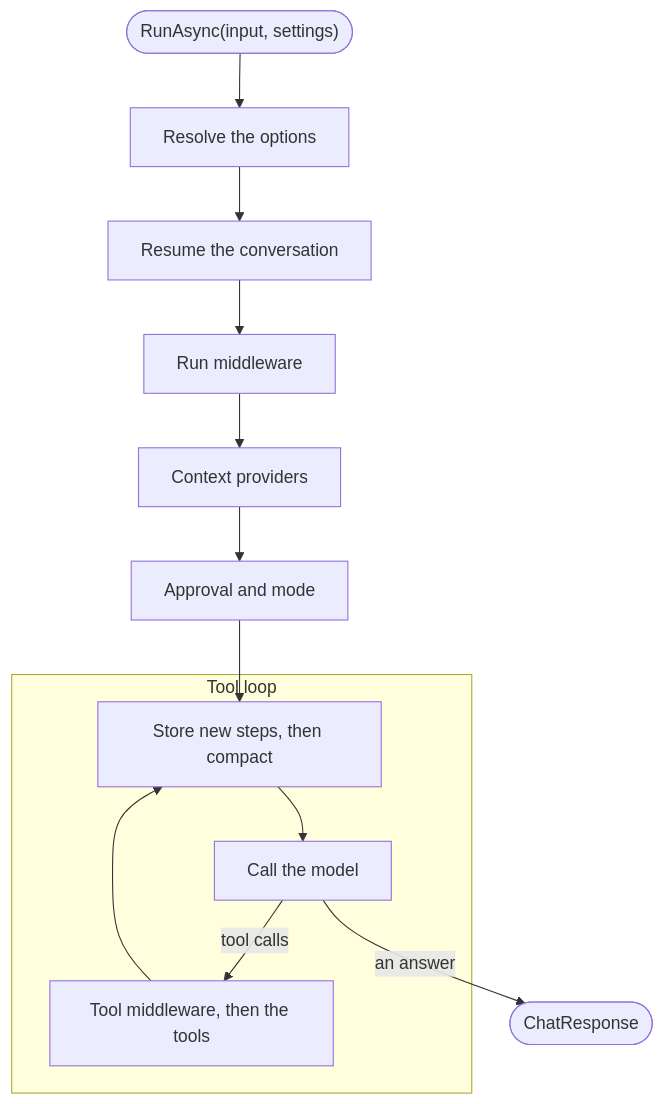
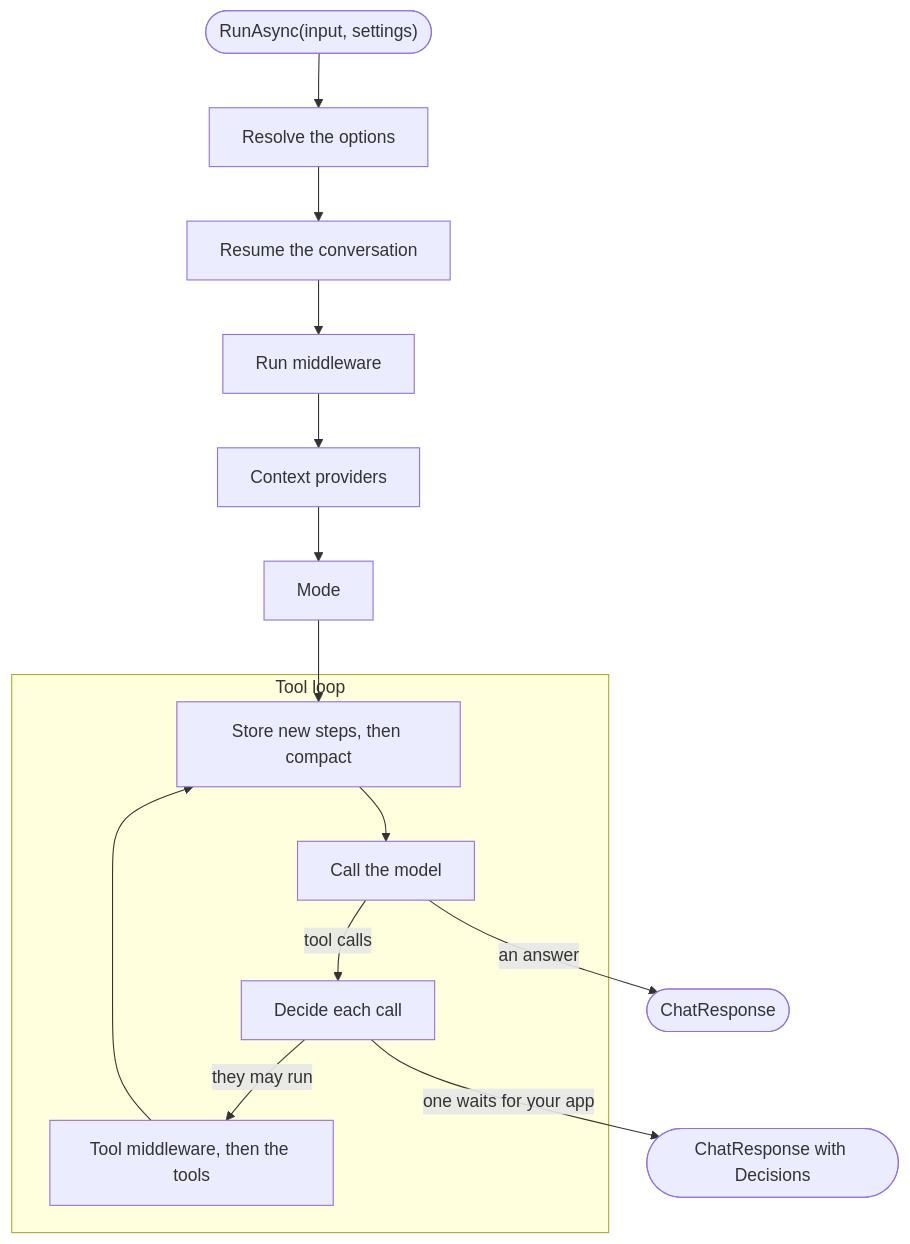
The diagram in docs/guide/how-a-run-works.md (weboost-at/Typeshift), drawn with Mermaid before and after one commit. The commit also changed other lines of this file and 92 other files, not shown here.

````diff
--- a/docs/guide/how-a-run-works.md
+++ b/docs/guide/how-a-run-works.md
@@ -13,15 +13,17 @@
 ```mermaid
 flowchart TD
   start(["RunAsync(input, settings)"]) --> resolve[Resolve the options]
   resolve --> conversation[Resume the conversation]
   conversation --> middleware[Run middleware]
   middleware --> context[Context providers]
-  context --> approval[Approval and mode]
-  approval --> before
+  context --> mode[Mode]
+  mode --> before
   subgraph loop [Tool loop]
     before[Store new steps, then compact] --> model[Call the model]
-    model -->|tool calls| tools[Tool middleware, then the tools]
+    model -->|tool calls| gate[Decide each call]
+    gate -->|they may run| tools[Tool middleware, then the tools]
     tools --> before
   end
+  gate -->|one waits for your app| asks([ChatResponse with Decisions])
   model -->|an answer| done([ChatResponse])
 ```
````
